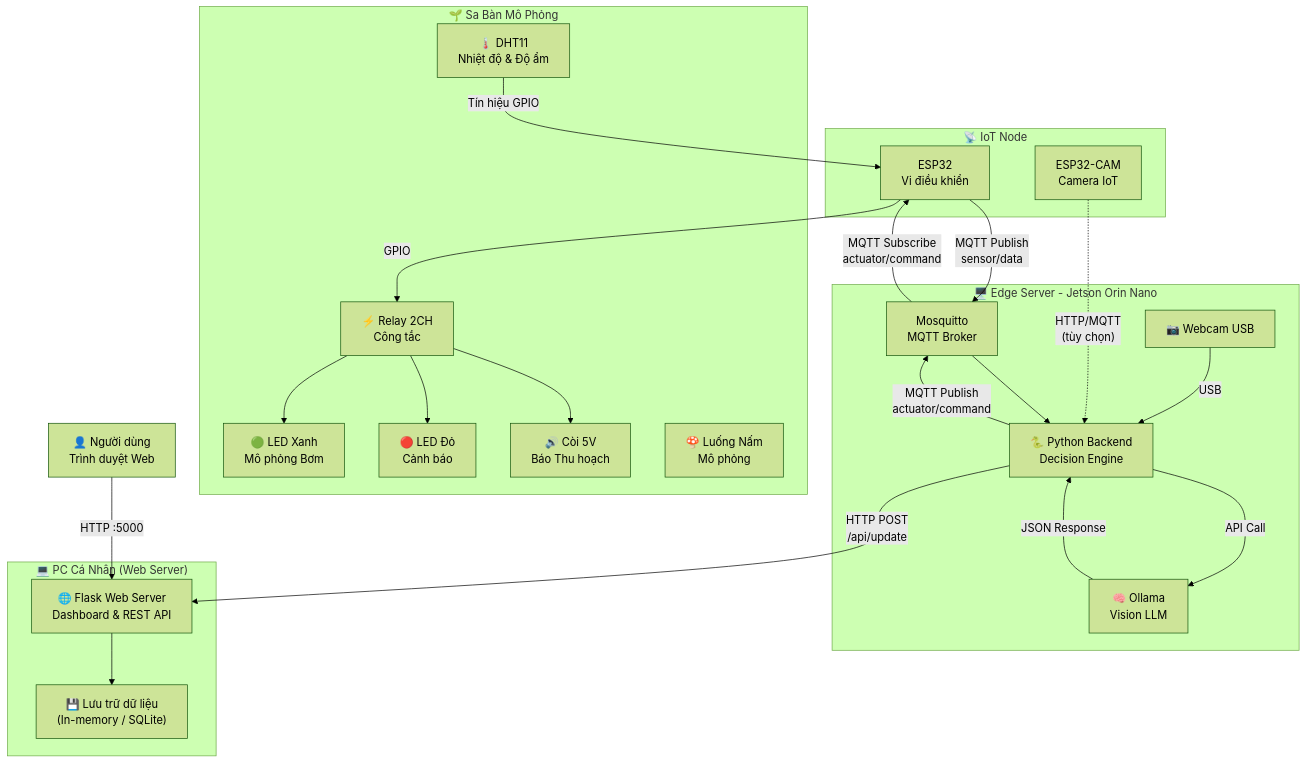
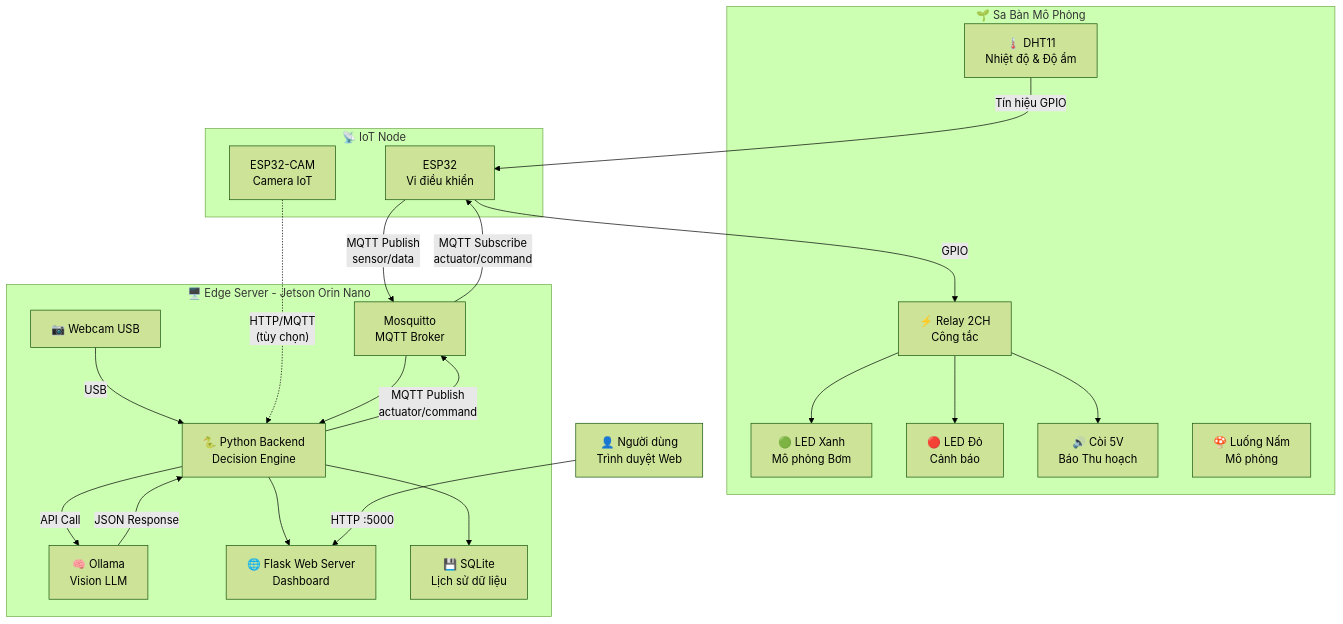
Before and after one commit to giahung25/IoT_project: the first of 5 diagrams in 03_mo_ta_du_an.md, drawn with Mermaid (forest theme). The commit also changed other lines of this file and 39 other files, not shown here.

````diff
--- a/03_mo_ta_du_an.md
+++ b/03_mo_ta_du_an.md
@@ -37,51 +41,47 @@
 ```mermaid
 graph TB
     subgraph SA_BAN["🌱 Sa Bàn Mô Phỏng"]
         DHT11["🌡️ DHT11<br/>Nhiệt độ & Độ ẩm"]
         LED_G["🟢 LED Xanh<br/>Mô phỏng Bơm"]
         LED_R["🔴 LED Đỏ<br/>Cảnh báo"]
         BUZZER["🔊 Còi 5V<br/>Báo Thu hoạch"]
         RELAY["⚡ Relay 2CH<br/>Công tắc"]
         MUSHROOM["🍄 Luống Nấm<br/>Mô phỏng"]
     end
 
     subgraph IOT_NODE["📡 IoT Node"]
         ESP32["ESP32<br/>Vi điều khiển"]
         ESP32CAM["ESP32-CAM<br/>Camera IoT"]
     end
 
     subgraph EDGE_SERVER["🖥️ Edge Server - Jetson Orin Nano"]
         MQTT["Mosquitto<br/>MQTT Broker"]
         WEBCAM["📷 Webcam USB"]
         OLLAMA["🧠 Ollama<br/>Vision LLM"]
         BACKEND["🐍 Python Backend<br/>Decision Engine"]
-    end
-
-    subgraph PC_SERVER["💻 PC Cá Nhân (Web Server)"]
-        DASHBOARD["🌐 Flask Web Server<br/>Dashboard & REST API"]
-        DB["💾 Lưu trữ dữ liệu<br/>(In-memory / SQLite)"]
+        DASHBOARD["🌐 Flask Web Server<br/>Dashboard"]
+        DB["💾 SQLite<br/>Lịch sử dữ liệu"]
     end
 
     USER["👤 Người dùng<br/>Trình duyệt Web"]
 
     DHT11 -->|Tín hiệu GPIO| ESP32
     ESP32 -->|"MQTT Publish<br/>sensor/data"| MQTT
     MQTT -->|"MQTT Subscribe<br/>actuator/command"| ESP32
     ESP32 -->|GPIO| RELAY
     RELAY --> LED_G
     RELAY --> LED_R
     RELAY --> BUZZER
 
     WEBCAM -->|USB| BACKEND
     ESP32CAM -.->|"HTTP/MQTT<br/>(tùy chọn)"| BACKEND
 
     MQTT --> BACKEND
     BACKEND -->|API Call| OLLAMA
+    BACKEND --> DB
+    BACKEND --> DASHBOARD
     BACKEND -->|"MQTT Publish<br/>actuator/command"| MQTT
     OLLAMA -->|JSON Response| BACKEND
 
-    BACKEND -->|"HTTP POST<br/>/api/update"| DASHBOARD
-    DASHBOARD --> DB
-
     USER -->|"HTTP :5000"| DASHBOARD
 ```
````
